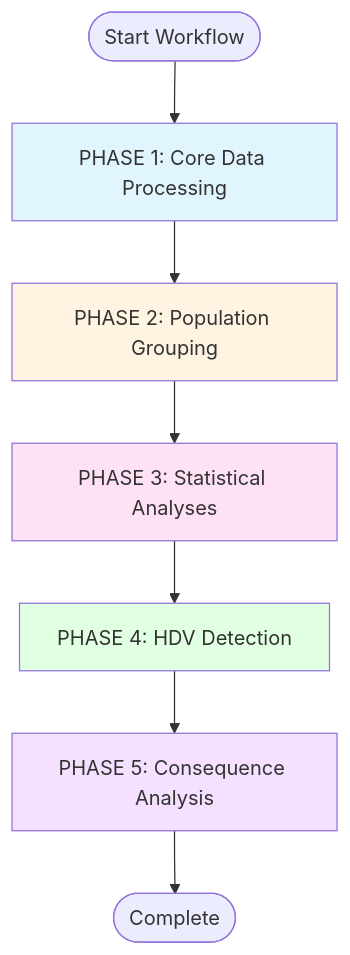
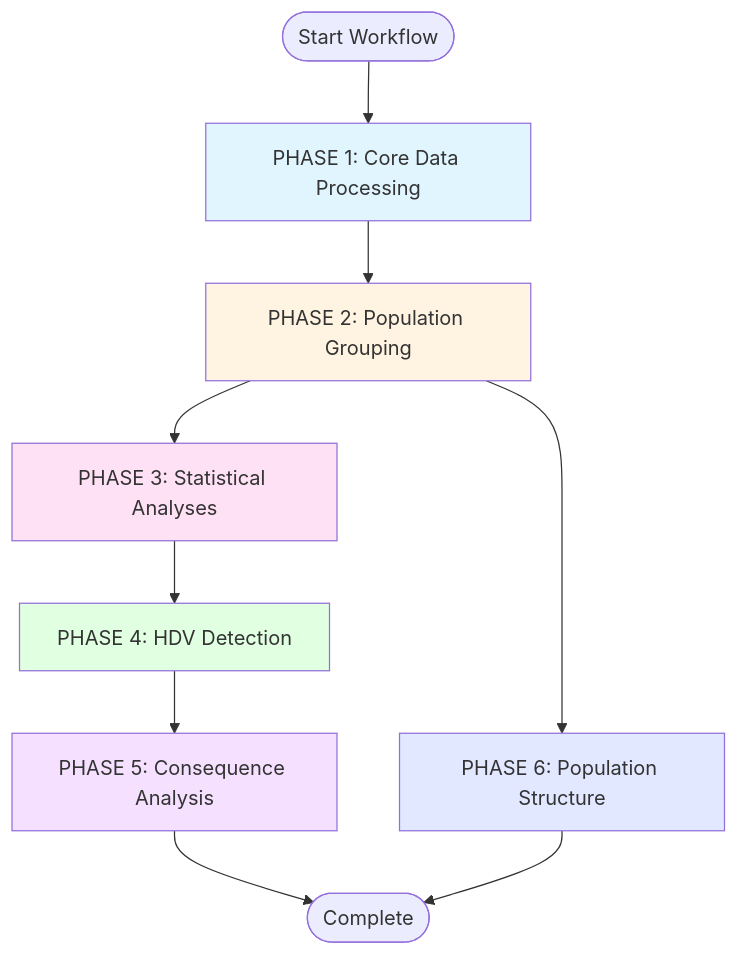
One commit to mamanambiya/exome_aibst_b38 changed the first of 8 diagrams in docs/WORKFLOW_GRAPH.md. Above: the diagram before and after it, drawn with Mermaid. The commit also changed other lines of this file, not shown here.

First line of the commit message:
docs: document PCA and ADMIXTURE population-structure workflows

````diff
--- a/docs/WORKFLOW_GRAPH.md
+++ b/docs/WORKFLOW_GRAPH.md
@@ -5,15 +5,18 @@
 ```mermaid
 graph TB
     Start([Start Workflow]) --> Phase1[PHASE 1: Core Data Processing]
     Phase1 --> Phase2[PHASE 2: Population Grouping]
     Phase2 --> Phase3[PHASE 3: Statistical Analyses]
     Phase3 --> Phase4[PHASE 4: HDV Detection]
+    Phase2 --> Phase6[PHASE 6: Population Structure]
     Phase4 --> Phase5[PHASE 5: Consequence Analysis]
     Phase5 --> End([Complete])
+    Phase6 --> End
     
     style Phase1 fill:#e1f5ff
     style Phase2 fill:#fff4e1
     style Phase3 fill:#ffe1f5
     style Phase4 fill:#e1ffe1
     style Phase5 fill:#f5e1ff
+    style Phase6 fill:#e1e8ff
 ```
````
